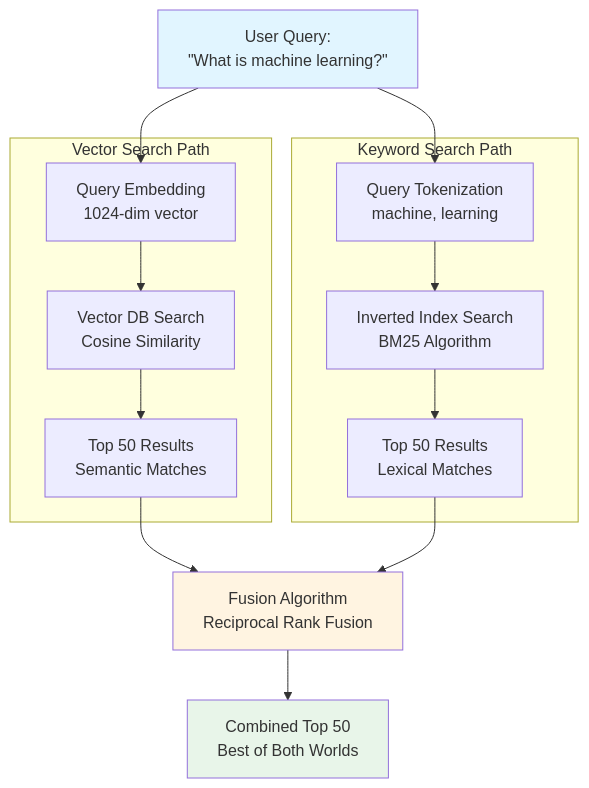
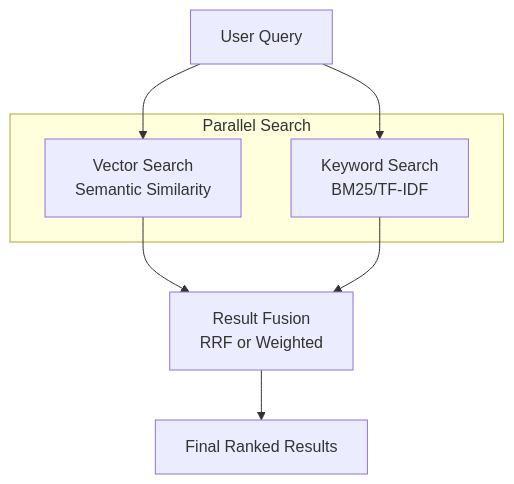
One commit to pravinbhat/pravinbhat.github.io changed the third of 4 diagrams in Enterprise_RAG_Architecture_Guide.md. Above: the diagram before and after it, drawn with Mermaid. The commit also changed other lines of this file, not shown here.

````diff
--- a/Enterprise_RAG_Architecture_Guide.md
+++ b/Enterprise_RAG_Architecture_Guide.md
@@ -695,32 +725,18 @@
 ```mermaid
 graph TB
-    Query[User Query:<br/>&quot;What is machine learning?&quot;]
+    Query[User Query]
     
-    subgraph "Vector Search Path"
-        V1[Query Embedding<br/>1024-dim vector]
-        V2[Vector DB Search<br/>Cosine Similarity]
-        V3[Top 50 Results<br/>Semantic Matches]
+    subgraph "Parallel Search"
+        Vector[Vector Search<br/>Semantic Similarity]
+        Keyword[Keyword Search<br/>BM25/TF-IDF]
     end
     
-    subgraph "Keyword Search Path"
-        K1[Query Tokenization<br/>machine, learning]
-        K2[Inverted Index Search<br/>BM25 Algorithm]
-        K3[Top 50 Results<br/>Lexical Matches]
-    end
+    Fusion[Result Fusion<br/>RRF or Weighted]
+    Final[Final Ranked Results]
     
-    Query --> V1
-    Query --> K1
-    V1 --> V2
-    K1 --> K2
-    V2 --> V3
-    K2 --> K3
-    
-    V3 --> Fusion[Fusion Algorithm<br/>Reciprocal Rank Fusion]
-    K3 --> Fusion
-    
-    Fusion --> Final[Combined Top 50<br/>Best of Both Worlds]
-    
-    style Query fill:#e1f5ff
-    style Final fill:#e8f5e9
-    style Fusion fill:#fff4e1
+    Query --> Vector
+    Query --> Keyword
+    Vector --> Fusion
+    Keyword --> Fusion
+    Fusion --> Final
 ```
````
